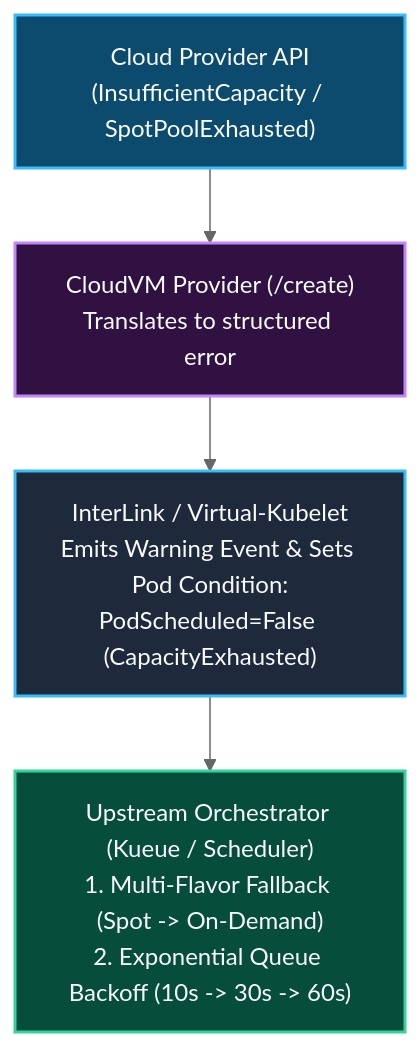
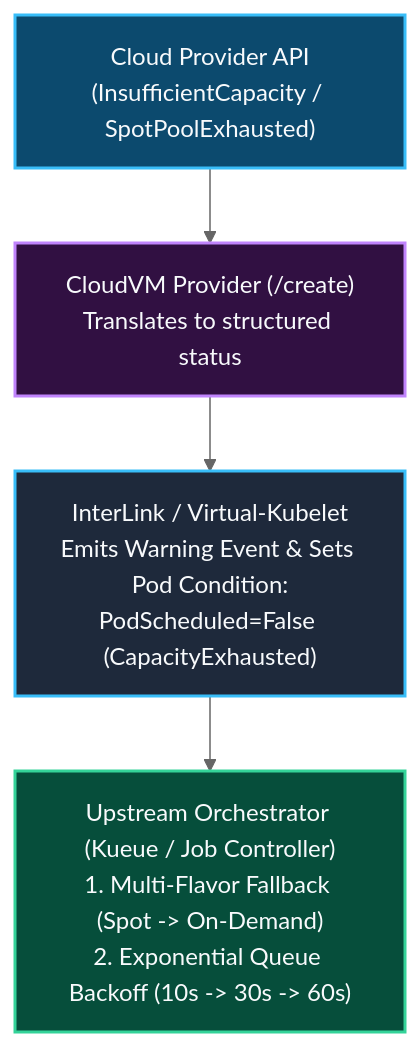
Before and after one commit to simonepri/interlink-cloudvm-plugin: the fourth of 9 diagrams in readme.md, drawn with Mermaid (neutral theme). The commit also changed other lines of this file and 15 other files, not shown here.

Commit message:
refactor: align 1:1 pod VM model, fix fleet token & status reporting, add ticker chart, and polish docs

````diff
--- a/readme.md
+++ b/readme.md
@@ -162,18 +167,18 @@
 ```mermaid
 flowchart TD
     classDef cloud fill:#0C4A6E,stroke:#38BDF8,stroke-width:2px,color:#F8FAFC
     classDef driver fill:#311042,stroke:#C084FC,stroke-width:2px,color:#F8FAFC
     classDef k8s fill:#1E293B,stroke:#38BDF8,stroke-width:2px,color:#F8FAFC
     classDef queue fill:#064E3B,stroke:#34D399,stroke-width:2px,color:#F8FAFC
 
     Cloud["Cloud Provider API
 (InsufficientCapacity / SpotPoolExhausted)"]:::cloud
     --> Driver["CloudVM Provider (/create)
-Translates to structured error"]:::driver
+Translates to structured status"]:::driver
     --> VK["InterLink / Virtual-Kubelet
 Emits Warning Event & Sets Pod Condition:
 PodScheduled=False (CapacityExhausted)"]:::k8s
-    --> Kueue["Upstream Orchestrator (Kueue / Scheduler)
+    --> Kueue["Upstream Orchestrator (Kueue / Job Controller)
 1. Multi-Flavor Fallback (Spot -> On-Demand)
 2. Exponential Queue Backoff (10s -> 30s -> 60s)"]:::queue
 ```
````
